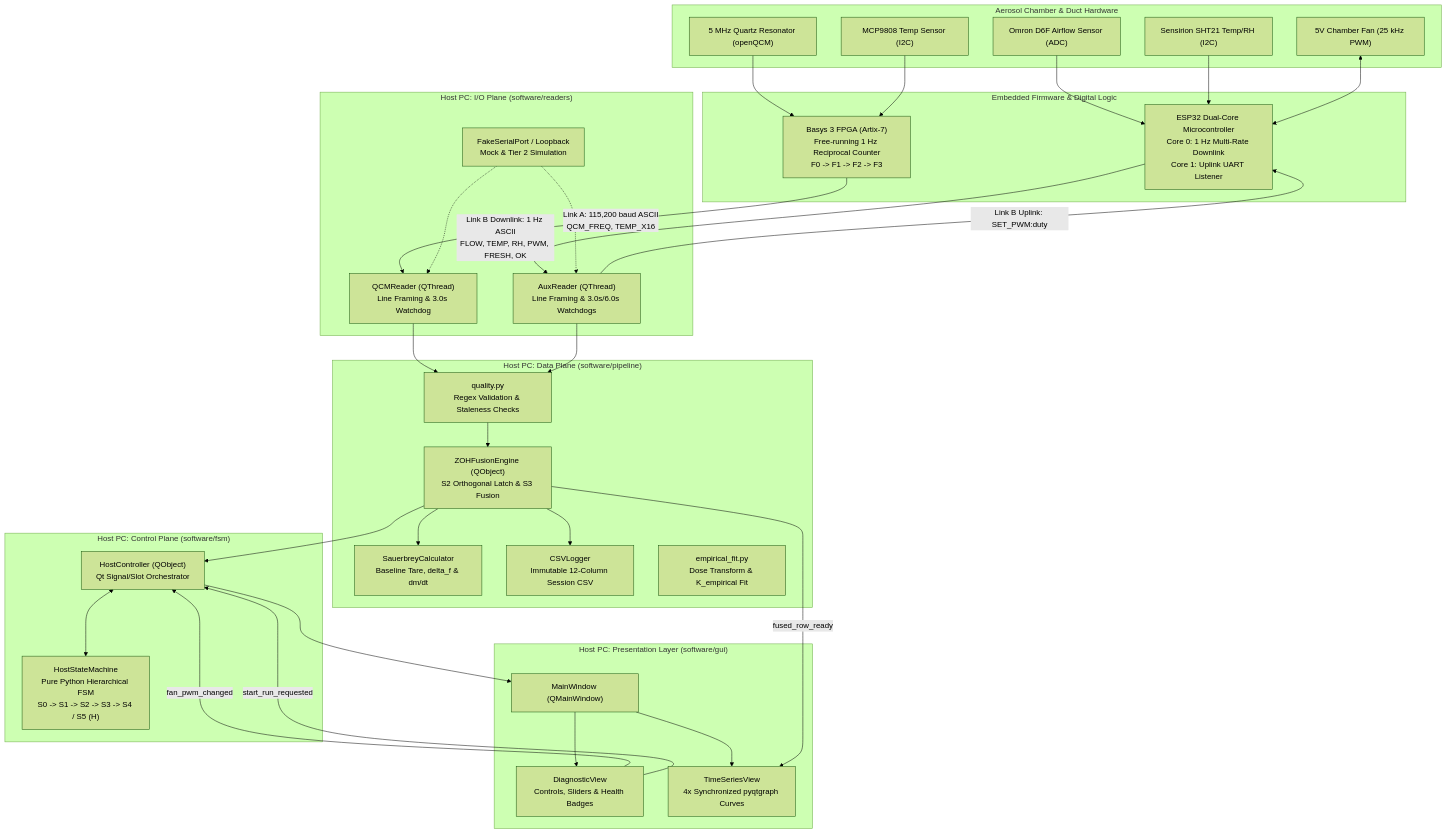
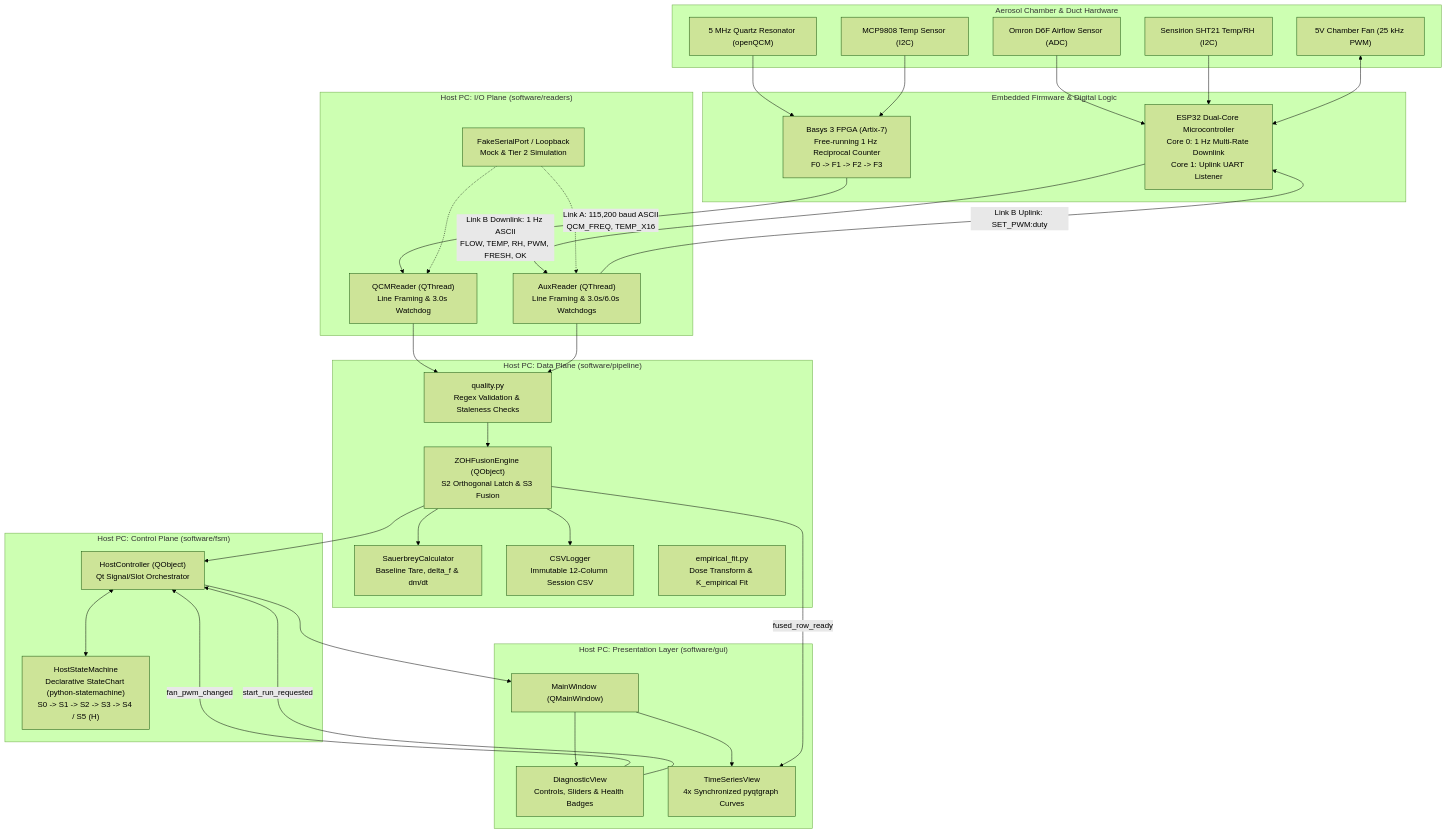
The diagram in codebase_learning_guide.md (sky7021/ECE-Capstone), drawn with Mermaid (forest theme) before and after one commit. The commit also changed other lines of this file and 16 other files, not shown here.

Commit message:
switched to python-statemachine and updated guides

````diff
--- a/codebase_learning_guide.md
+++ b/codebase_learning_guide.md
@@ -29,70 +29,70 @@
 ```mermaid
 flowchart TD
     subgraph Chamber["Aerosol Chamber & Duct Hardware"]
         QCM["5 MHz Quartz Resonator (openQCM)"]
         MCP["MCP9808 Temp Sensor (I2C)"]
         Flow["Omron D6F Airflow Sensor (ADC)"]
         SHT["Sensirion SHT21 Temp/RH (I2C)"]
         Fan["5V Chamber Fan (25 kHz PWM)"]
     end
 
     subgraph Firmware["Embedded Firmware & Digital Logic"]
         FPGA["Basys 3 FPGA (Artix-7)<br/>Free-running 1 Hz Reciprocal Counter<br/>F0 -> F1 -> F2 -> F3"]
         ESP["ESP32 Dual-Core Microcontroller<br/>Core 0: 1 Hz Multi-Rate Downlink<br/>Core 1: Uplink UART Listener"]
     end
 
     subgraph IOPlane["Host PC: I/O Plane (software/readers)"]
         QCMWorker["QCMReader (QThread)<br/>Line Framing & 3.0s Watchdog"]
         AuxWorker["AuxReader (QThread)<br/>Line Framing & 3.0s/6.0s Watchdogs"]
         FakePorts["FakeSerialPort / Loopback<br/>Mock & Tier 2 Simulation"]
     end
 
     subgraph DataPlane["Host PC: Data Plane (software/pipeline)"]
         Quality["quality.py<br/>Regex Validation & Staleness Checks"]
         ZOH["ZOHFusionEngine (QObject)<br/>S2 Orthogonal Latch & S3 Fusion"]
         Sauerbrey["SauerbreyCalculator<br/>Baseline Tare, delta_f & dm/dt"]
         CSVLog["CSVLogger<br/>Immutable 12-Column Session CSV"]
         Empirical["empirical_fit.py<br/>Dose Transform & K_empirical Fit"]
     end
 
     subgraph ControlPlane["Host PC: Control Plane (software/fsm)"]
-        FSM["HostStateMachine<br/>Pure Python Hierarchical FSM<br/>S0 -> S1 -> S2 -> S3 -> S4 / S5 (H)"]
+        FSM["HostStateMachine<br/>Declarative StateChart (python-statemachine)<br/>S0 -> S1 -> S2 -> S3 -> S4 / S5 (H)"]
         HostCtrl["HostController (QObject)<br/>Qt Signal/Slot Orchestrator"]
     end
 
     subgraph UIPlane["Host PC: Presentation Layer (software/gui)"]
         MainWin["MainWindow (QMainWindow)"]
         DiagView["DiagnosticView<br/>Controls, Sliders & Health Badges"]
         PlotView["TimeSeriesView<br/>4x Synchronized pyqtgraph Curves"]
     end
 
     QCM --> FPGA
     MCP --> FPGA
     Flow --> ESP
     SHT --> ESP
     Fan <--> ESP
 
     FPGA -- "Link A: 115,200 baud ASCII<br/>QCM_FREQ, TEMP_X16" --> QCMWorker
     ESP -- "Link B Downlink: 1 Hz ASCII<br/>FLOW, TEMP, RH, PWM, FRESH, OK" --> AuxWorker
     AuxWorker -- "Link B Uplink: SET_PWM:duty" --> ESP
 
     FakePorts -.-> QCMWorker
     FakePorts -.-> AuxWorker
 
     QCMWorker --> Quality
     AuxWorker --> Quality
     Quality --> ZOH
 
     ZOH --> Sauerbrey
     ZOH --> CSVLog
     ZOH --> HostCtrl
 
     HostCtrl <--> FSM
     HostCtrl --> MainWin
 
     MainWin --> DiagView
     MainWin --> PlotView
     ZOH -- "fused_row_ready" --> PlotView
     DiagView -- "fan_pwm_changed" --> HostCtrl
     DiagView -- "start_run_requested" --> HostCtrl
 ```
````
